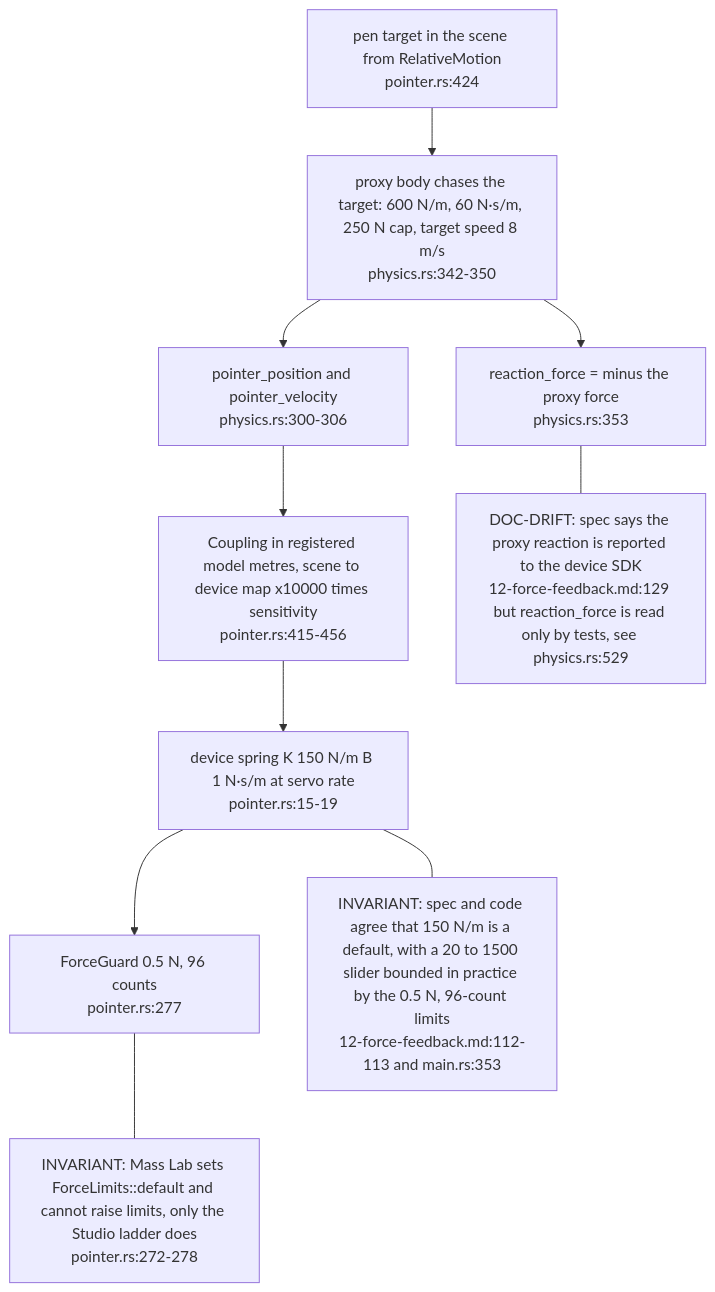
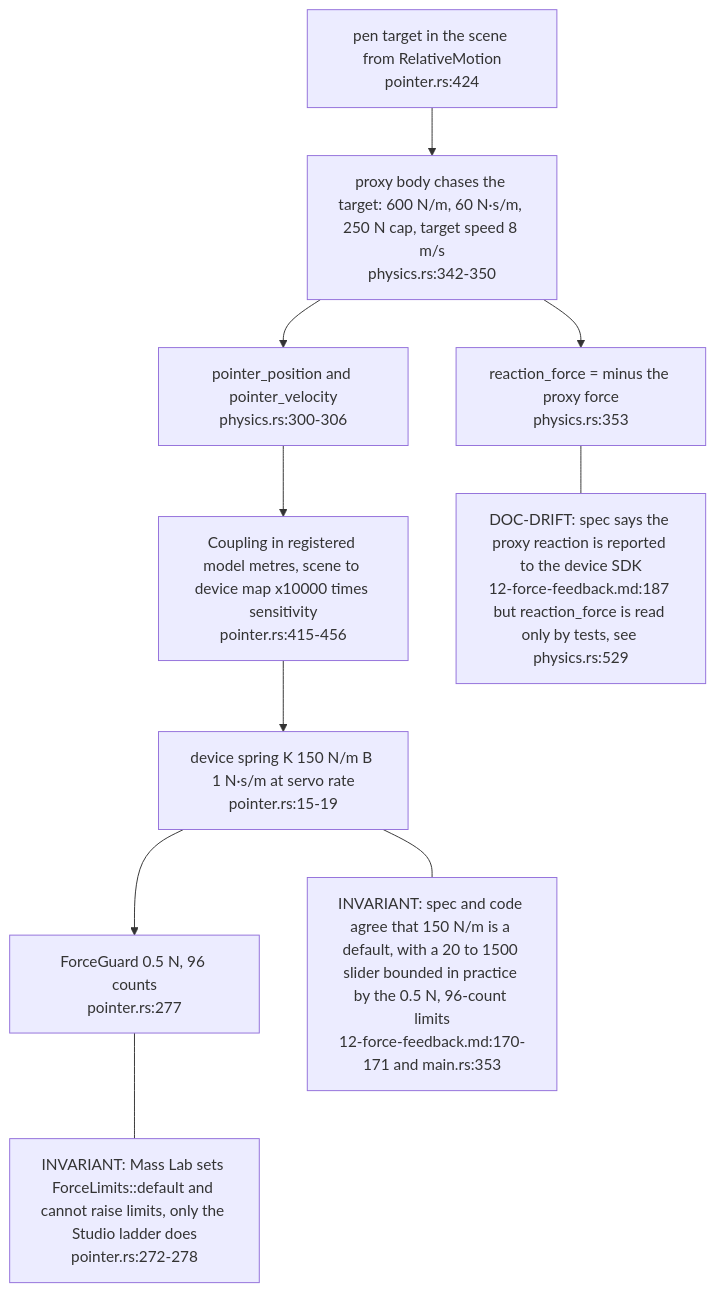
The fourth of 5 diagrams in docs/diagrams/visiontouch-rs/04-mass-lab-servo-rate-coupling.md (DreamLab-AI/VisionFlow), drawn with Mermaid before and after one commit. The commit also changed other lines of this file and 36 other files, not shown here.

First line of the commit message:
docs(diagrams): re-derive and re-stamp agentbox, dream-engine, visioncraft, visiontouch and vowl topics; drop LAN addresses

````diff
--- a/docs/diagrams/visiontouch-rs/04-mass-lab-servo-rate-coupling.md
+++ b/docs/diagrams/visiontouch-rs/04-mass-lab-servo-rate-coupling.md
@@ -117,22 +117,22 @@
 ```mermaid
 flowchart TB
     TGT["pen target in the scene from RelativeMotion<br/>pointer.rs:424"]
     PX["proxy body chases the target: 600 N/m, 60 N·s/m, 250 N cap, target speed 8 m/s<br/>physics.rs:342-350"]
     POS["pointer_position and pointer_velocity<br/>physics.rs:300-306"]
     DESC["Coupling in registered model metres, scene to device map x10000 times sensitivity<br/>pointer.rs:415-456"]
     SPR["device spring K 150 N/m B 1 N·s/m at servo rate<br/>pointer.rs:15-19"]
     GUARD["ForceGuard 0.5 N, 96 counts<br/>pointer.rs:277"]
     REAC["reaction_force = minus the proxy force<br/>physics.rs:353"]
     TGT --> PX
     PX --> POS
     POS --> DESC
     DESC --> SPR
     SPR --> GUARD
     PX --> REAC
-    N1["DOC-DRIFT: spec says the proxy reaction is reported to the device SDK<br/>12-force-feedback.md:129 but reaction_force is read only by tests, see physics.rs:529"]
-    N2["INVARIANT: spec and code agree that 150 N/m is a default, with a 20 to 1500 slider bounded in practice by the 0.5 N, 96-count limits<br/>12-force-feedback.md:112-113 and main.rs:353"]
+    N1["DOC-DRIFT: spec says the proxy reaction is reported to the device SDK<br/>12-force-feedback.md:187 but reaction_force is read only by tests, see physics.rs:529"]
+    N2["INVARIANT: spec and code agree that 150 N/m is a default, with a 20 to 1500 slider bounded in practice by the 0.5 N, 96-count limits<br/>12-force-feedback.md:170-171 and main.rs:353"]
     N3["INVARIANT: Mass Lab sets ForceLimits::default and cannot raise limits, only the Studio ladder does<br/>pointer.rs:272-278"]
     REAC --- N1
     SPR --- N2
     GUARD --- N3
 ```
````
